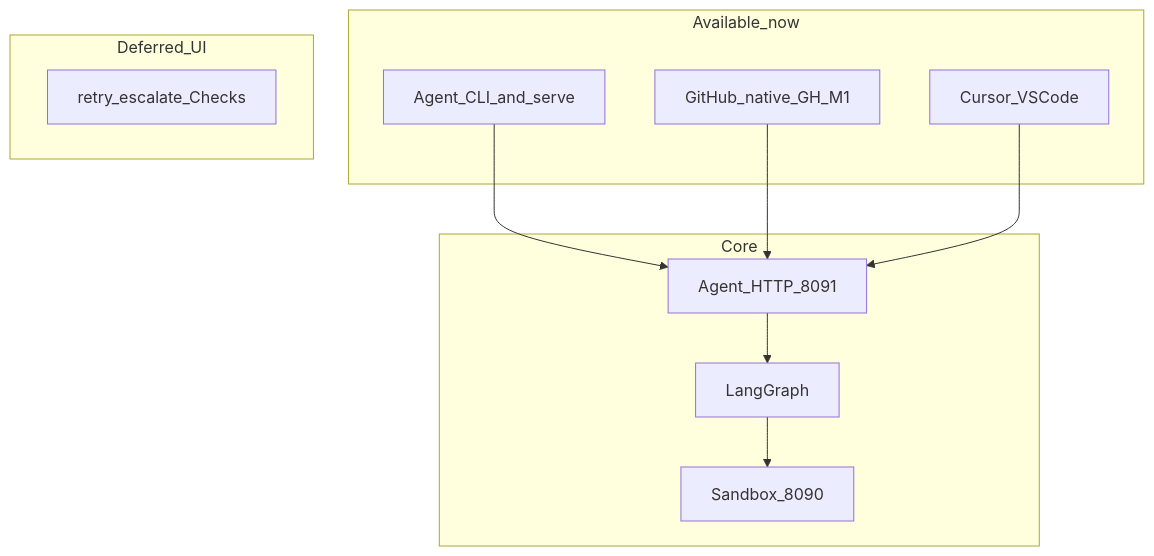
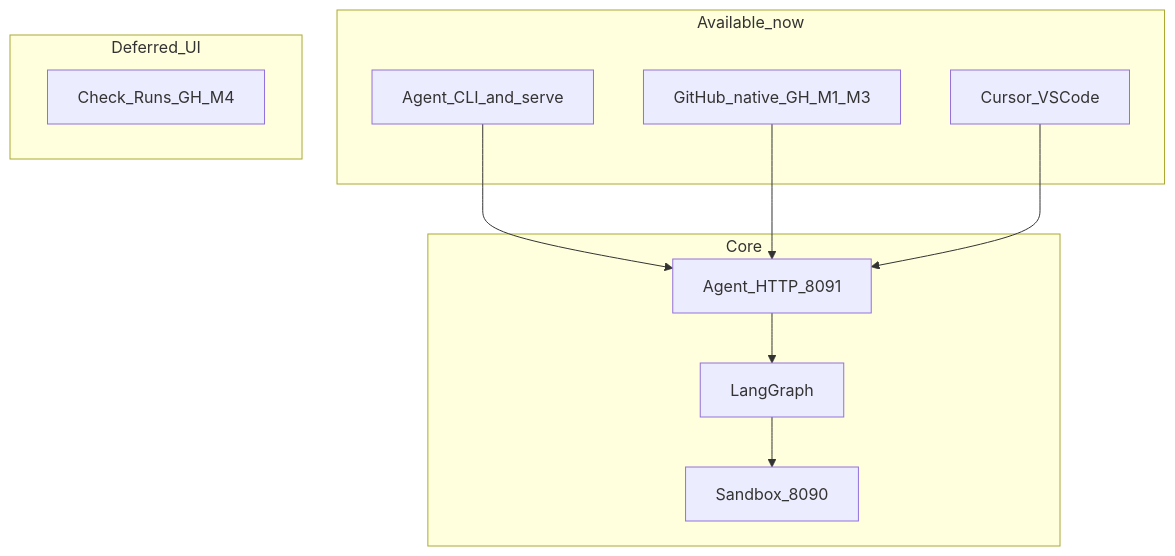
The diagram in interface/README.md (AWaleed-Ahmed/Raphael), drawn with Mermaid before and after one commit. The commit also changed other lines of this file and 16 other files, not shown here.

````diff
--- a/interface/README.md
+++ b/interface/README.md
@@ -158,21 +158,21 @@
 ```mermaid
 flowchart TB
   subgraph now [Available_now]
     CLI[Agent_CLI_and_serve]
-    GH[GitHub_native_GH_M1]
+    GH[GitHub_native_GH_M1_M3]
     IDE[Cursor_VSCode]
   end
   subgraph later [Deferred_UI]
-    GH2[retry_escalate_Checks]
+    GH2[Check_Runs_GH_M4]
   end
   subgraph core [Core]
     API[Agent_HTTP_8091]
     AG[LangGraph]
     SB[Sandbox_8090]
   end
   CLI --> API
   GH --> API
   IDE --> API
   API --> AG
   AG --> SB
 ```
````
